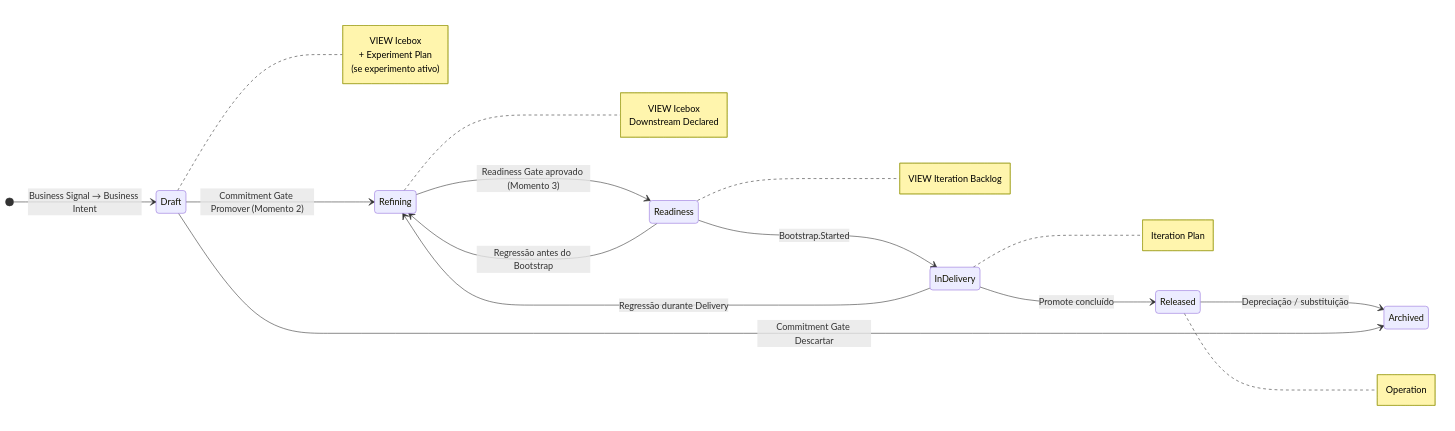
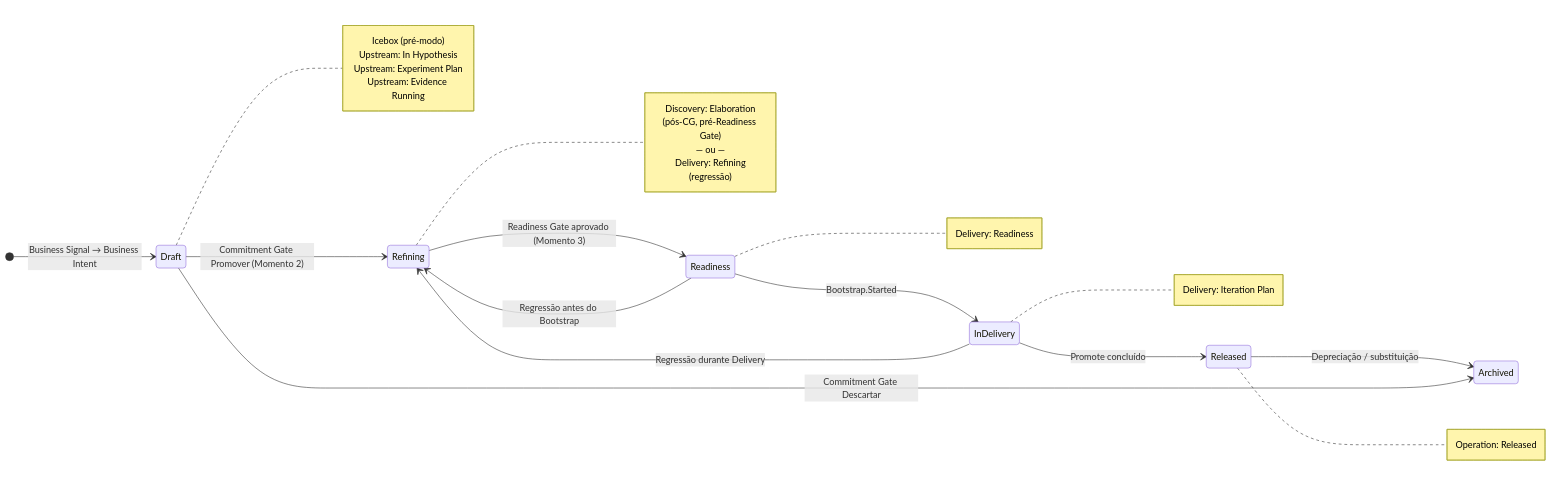
The fourth of 4 diagrams in capitulo-03.md (produtoreativo/from-intent-to-outcome), drawn with Mermaid before and after one commit. The commit also changed other lines of this file and 6 other files, not shown here.

First line of the commit message:
refactor: introduz VIEW hierarchy do PIB (Icebox, Upstream, Downstream)

````diff
--- a/capitulo-03.md
+++ b/capitulo-03.md
@@ -225,32 +225,36 @@
 ```mermaid
 stateDiagram-v2
     direction LR
     [*] --> Draft : Business Signal → Business Intent
     Draft --> Refining : Commitment Gate Promover (Momento 2)
     Refining --> Readiness : Readiness Gate aprovado (Momento 3)
     Readiness --> InDelivery : Bootstrap.Started
     InDelivery --> Released : Promote concluído
     Released --> Archived : Depreciação / substituição
     Draft --> Archived : Commitment Gate Descartar
     Readiness --> Refining : Regressão antes do Bootstrap
     InDelivery --> Refining : Regressão durante Delivery
 
     note right of Draft
-        VIEW Icebox
-        + Experiment Plan
-        (se experimento ativo)
+        Icebox (pré-modo)
+        Upstream: In Hypothesis
+        Upstream: Experiment Plan
+        Upstream: Evidence Running
     end note
     note right of Refining
-        VIEW Icebox
-        Downstream Declared
+        Discovery: Elaboration
+        (pós-CG, pré-Readiness Gate)
+        — ou —
+        Delivery: Refining
+        (regressão)
     end note
     note right of Readiness
-        VIEW Iteration Backlog
+        Delivery: Readiness
     end note
     note right of InDelivery
-        Iteration Plan
+        Delivery: Iteration Plan
     end note
     note right of Released
-        Operation
+        Operation: Released
     end note
 ```
````
